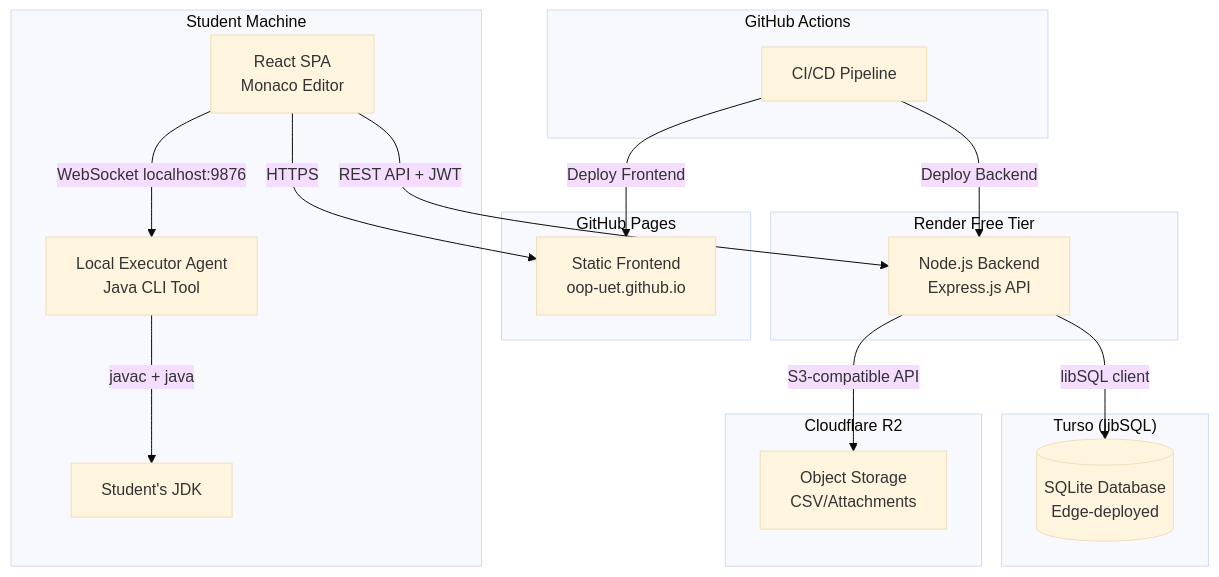
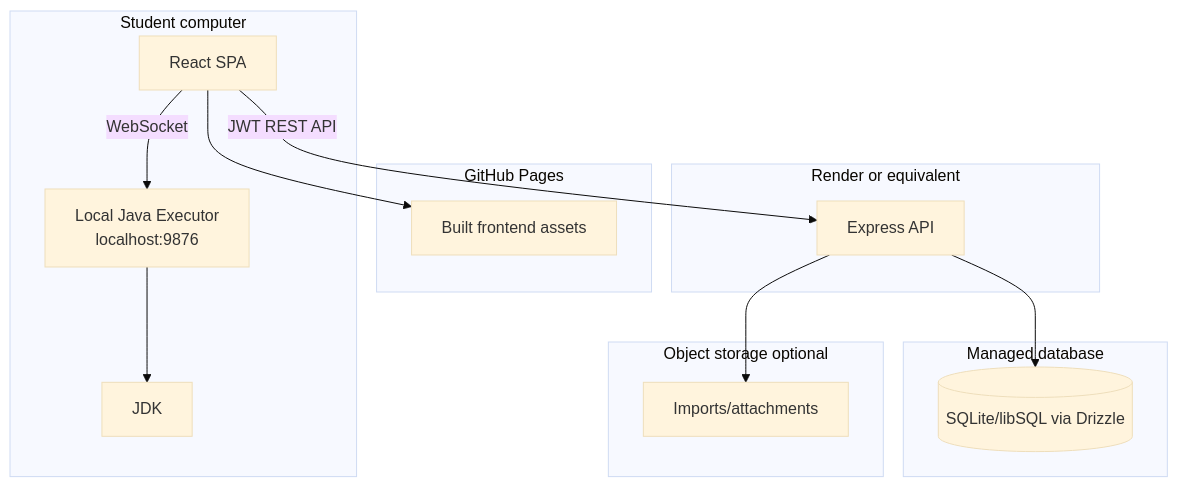
Before and after one commit to oop-uet/olp: the first of 3 diagrams in design.md, drawn with Mermaid (base theme). The commit also changed other lines of this file and 1 other file, not shown here.

````diff
--- a/design.md
+++ b/design.md
@@ -27,37 +53,31 @@
 ```mermaid
 graph TB
-    subgraph "Student Machine"
-        Browser[React SPA<br/>Monaco Editor]
-        Agent[Local Executor Agent<br/>Java CLI Tool]
-        JDK[Student's JDK]
+    subgraph StudentDevice[Student computer]
+      Browser[React SPA]
+      Executor[Local Java Executor<br/>localhost:9876]
+      JDK[JDK]
     end
 
-    subgraph "GitHub Pages"
-        StaticFiles[Static Frontend<br/>oop-uet.github.io]
+    subgraph StaticHost[GitHub Pages]
+      Frontend[Built frontend assets]
     end
 
-    subgraph "Render Free Tier"
-        API[Node.js Backend<br/>Express.js API]
+    subgraph BackendHost[Render or equivalent]
+      API[Express API]
     end
 
-    subgraph "Turso (libSQL)"
-        DB[(SQLite Database<br/>Edge-deployed)]
+    subgraph DataLayer[Managed database]
+      DB[(SQLite/libSQL via Drizzle)]
     end
 
-    subgraph "Cloudflare R2"
-        Storage[Object Storage<br/>CSV/Attachments]
+    subgraph Storage[Object storage optional]
+      Files[Imports/attachments]
     end
 
-    subgraph "GitHub Actions"
-        CI[CI/CD Pipeline]
-    end
-
-    Browser -->|HTTPS| StaticFiles
-    Browser -->|REST API + JWT| API
-    Browser -->|WebSocket localhost:9876| Agent
-    Agent -->|javac + java| JDK
-    API -->|libSQL client| DB
-    API -->|S3-compatible API| Storage
-    CI -->|Deploy Frontend| StaticFiles
-    CI -->|Deploy Backend| API
+    Browser --> Frontend
+    Browser -->|JWT REST API| API
+    Browser -->|WebSocket| Executor
+    Executor --> JDK
+    API --> DB
+    API --> Files
 ```
````
